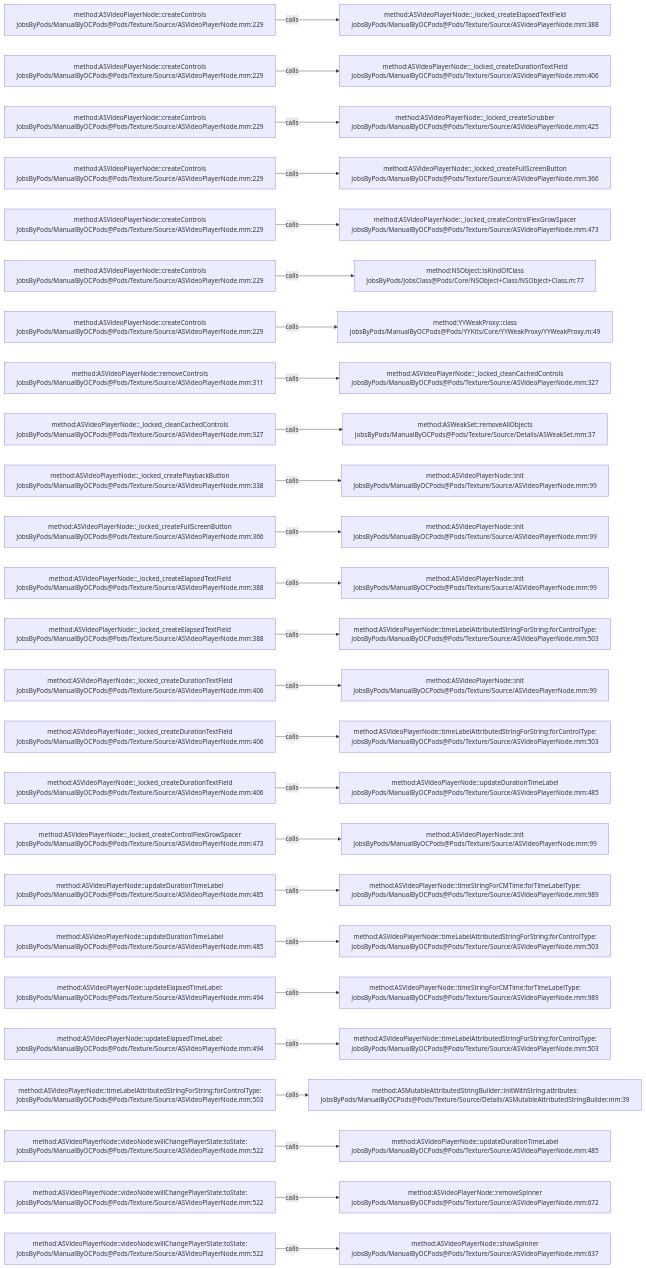
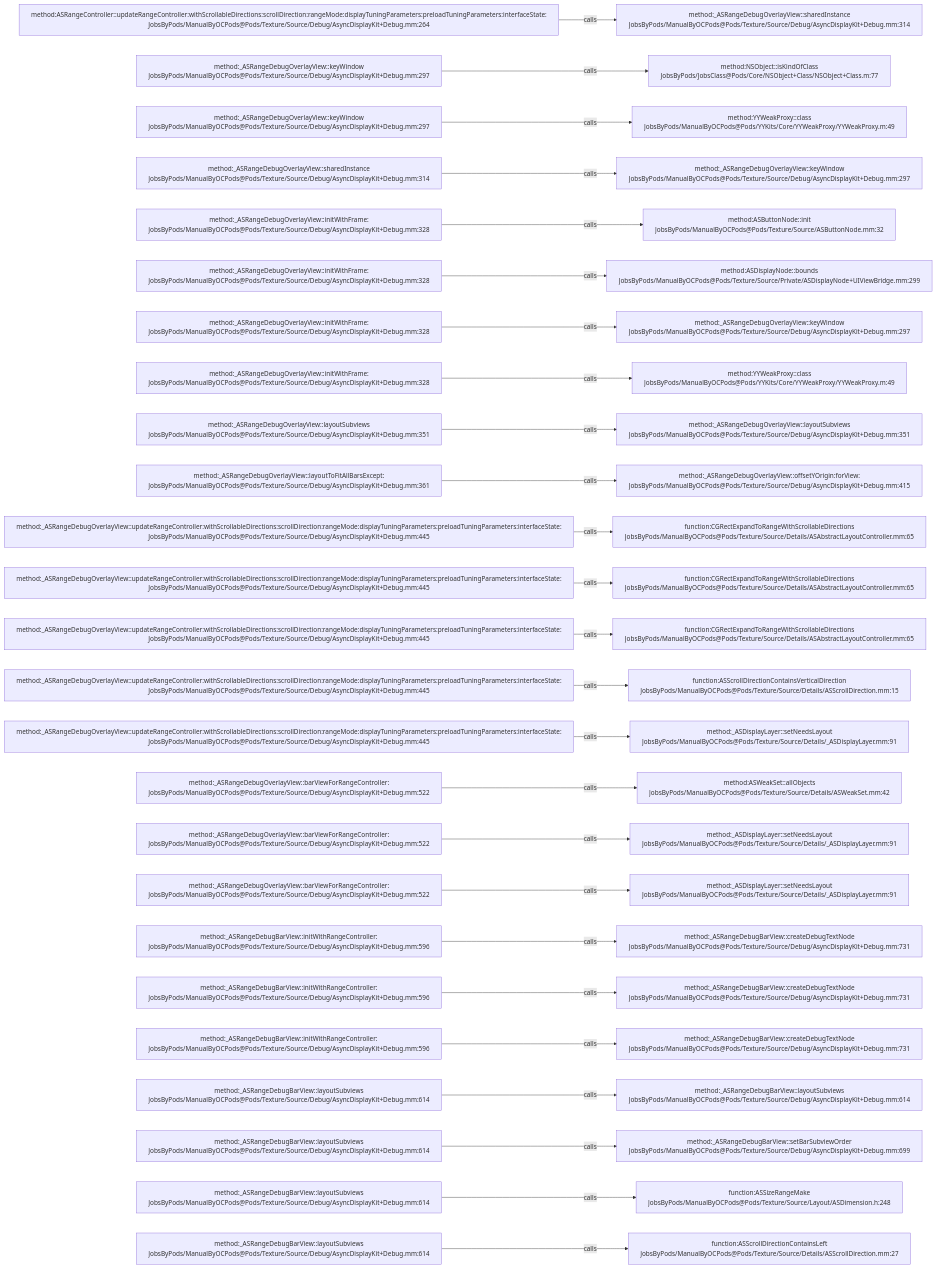
Before and after one commit to JobsKits/JobsOCBaseConfigDemo: the diagram in .codegraph/codegraph.md/graphs/calls-147.md, drawn with Mermaid. The commit also changed 1353 other files, not shown here.

````diff
--- a/.codegraph/codegraph.md/graphs/calls-147.md
+++ b/.codegraph/codegraph.md/graphs/calls-147.md
@@ -13,78 +13,78 @@
 ```mermaid
 flowchart LR
-  S1["method:ASVideoPlayerNode::createControls<br/>JobsByPods/ManualByOCPods@Pods/Texture/Source/ASVideoPlayerNode.mm:229"]
-  T1["method:ASVideoPlayerNode::_locked_createElapsedTextField<br/>JobsByPods/ManualByOCPods@Pods/Texture/Source/ASVideoPlayerNode.mm:388"]
+  S1["method:ASRangeController::updateRangeController:withScrollableDirections:scrollDirection:rangeMode:displayTuningParameters:preloadTuningParameters:interfaceState:<br/>JobsByPods/ManualByOCPods@Pods/Texture/Source/Debug/AsyncDisplayKit+Debug.mm:264"]
+  T1["method:_ASRangeDebugOverlayView::sharedInstance<br/>JobsByPods/ManualByOCPods@Pods/Texture/Source/Debug/AsyncDisplayKit+Debug.mm:314"]
   S1 -->|calls| T1
-  S2["method:ASVideoPlayerNode::createControls<br/>JobsByPods/ManualByOCPods@Pods/Texture/Source/ASVideoPlayerNode.mm:229"]
-  T2["method:ASVideoPlayerNode::_locked_createDurationTextField<br/>JobsByPods/ManualByOCPods@Pods/Texture/Source/ASVideoPlayerNode.mm:406"]
+  S2["method:_ASRangeDebugOverlayView::keyWindow<br/>JobsByPods/ManualByOCPods@Pods/Texture/Source/Debug/AsyncDisplayKit+Debug.mm:297"]
+  T2["method:NSObject::isKindOfClass<br/>JobsByPods/JobsClass@Pods/Core/NSObject+Class/NSObject+Class.m:77"]
   S2 -->|calls| T2
-  S3["method:ASVideoPlayerNode::createControls<br/>JobsByPods/ManualByOCPods@Pods/Texture/Source/ASVideoPlayerNode.mm:229"]
-  T3["method:ASVideoPlayerNode::_locked_createScrubber<br/>JobsByPods/ManualByOCPods@Pods/Texture/Source/ASVideoPlayerNode.mm:425"]
+  S3["method:_ASRangeDebugOverlayView::keyWindow<br/>JobsByPods/ManualByOCPods@Pods/Texture/Source/Debug/AsyncDisplayKit+Debug.mm:297"]
+  T3["method:YYWeakProxy::class<br/>JobsByPods/ManualByOCPods@Pods/YYKits/Core/YYWeakProxy/YYWeakProxy.m:49"]
   S3 -->|calls| T3
-  S4["method:ASVideoPlayerNode::createControls<br/>JobsByPods/ManualByOCPods@Pods/Texture/Source/ASVideoPlayerNode.mm:229"]
-  T4["method:ASVideoPlayerNode::_locked_createFullScreenButton<br/>JobsByPods/ManualByOCPods@Pods/Texture/Source/ASVideoPlayerNode.mm:366"]
+  S4["method:_ASRangeDebugOverlayView::sharedInstance<br/>JobsByPods/ManualByOCPods@Pods/Texture/Source/Debug/AsyncDisplayKit+Debug.mm:314"]
+  T4["method:_ASRangeDebugOverlayView::keyWindow<br/>JobsByPods/ManualByOCPods@Pods/Texture/Source/Debug/AsyncDisplayKit+Debug.mm:297"]
   S4 -->|calls| T4
-  S5["method:ASVideoPlayerNode::createControls<br/>JobsByPods/ManualByOCPods@Pods/Texture/Source/ASVideoPlayerNode.mm:229"]
-  T5["method:ASVideoPlayerNode::_locked_createControlFlexGrowSpacer<br/>JobsByPods/ManualByOCPods@Pods/Texture/Source/ASVideoPlayerNode.mm:473"]
+  S5["method:_ASRangeDebugOverlayView::initWithFrame:<br/>JobsByPods/ManualByOCPods@Pods/Texture/Source/Debug/AsyncDisplayKit+Debug.mm:328"]
+  T5["method:ASButtonNode::init<br/>JobsByPods/ManualByOCPods@Pods/Texture/Source/ASButtonNode.mm:32"]
   S5 -->|calls| T5
-  S6["method:ASVideoPlayerNode::createControls<br/>JobsByPods/ManualByOCPods@Pods/Texture/Source/ASVideoPlayerNode.mm:229"]
-  T6["method:NSObject::isKindOfClass<br/>JobsByPods/JobsClass@Pods/Core/NSObject+Class/NSObject+Class.m:77"]
+  S6["method:_ASRangeDebugOverlayView::initWithFrame:<br/>JobsByPods/ManualByOCPods@Pods/Texture/Source/Debug/AsyncDisplayKit+Debug.mm:328"]
+  T6["method:ASDisplayNode::bounds<br/>JobsByPods/ManualByOCPods@Pods/Texture/Source/Private/ASDisplayNode+UIViewBridge.mm:299"]
   S6 -->|calls| T6
-  S7["method:ASVideoPlayerNode::createControls<br/>JobsByPods/ManualByOCPods@Pods/Texture/Source/ASVideoPlayerNode.mm:229"]
-  T7["method:YYWeakProxy::class<br/>JobsByPods/ManualByOCPods@Pods/YYKits/Core/YYWeakProxy/YYWeakProxy.m:49"]
+  S7["method:_ASRangeDebugOverlayView::initWithFrame:<br/>JobsByPods/ManualByOCPods@Pods/Texture/Source/Debug/AsyncDisplayKit+Debug.mm:328"]
+  T7["method:_ASRangeDebugOverlayView::keyWindow<br/>JobsByPods/ManualByOCPods@Pods/Texture/Source/Debug/AsyncDisplayKit+Debug.mm:297"]
   S7 -->|calls| T7
-  S8["method:ASVideoPlayerNode::removeControls<br/>JobsByPods/ManualByOCPods@Pods/Texture/Source/ASVideoPlayerNode.mm:311"]
-  T8["method:ASVideoPlayerNode::_locked_cleanCachedControls<br/>JobsByPods/ManualByOCPods@Pods/Texture/Source/ASVideoPlayerNode.mm:327"]
+  S8["method:_ASRangeDebugOverlayView::initWithFrame:<br/>JobsByPods/ManualByOCPods@Pods/Texture/Source/Debug/AsyncDisplayKit+Debug.mm:328"]
+  T8["method:YYWeakProxy::class<br/>JobsByPods/ManualByOCPods@Pods/YYKits/Core/YYWeakProxy/YYWeakProxy.m:49"]
   S8 -->|calls| T8
-  S9["method:ASVideoPlayerNode::_locked_cleanCachedControls<br/>JobsByPods/ManualByOCPods@Pods/Texture/Source/ASVideoPlayerNode.mm:327"]
-  T9["method:ASWeakSet::removeAllObjects<br/>JobsByPods/ManualByOCPods@Pods/Texture/Source/Details/ASWeakSet.mm:37"]
+  S9["method:_ASRangeDebugOverlayView::layoutSubviews<br/>JobsByPods/ManualByOCPods@Pods/Texture/Source/Debug/AsyncDisplayKit+Debug.mm:351"]
+  T9["method:_ASRangeDebugOverlayView::layoutSubviews<br/>JobsByPods/ManualByOCPods@Pods/Texture/Source/Debug/AsyncDisplayKit+Debug.mm:351"]
   S9 -->|calls| T9
-  S10["method:ASVideoPlayerNode::_locked_createPlaybackButton<br/>JobsByPods/ManualByOCPods@Pods/Texture/Source/ASVideoPlayerNode.mm:338"]
-  T10["method:ASVideoPlayerNode::init<br/>JobsByPods/ManualByOCPods@Pods/Texture/Source/ASVideoPlayerNode.mm:99"]
+  S10["method:_ASRangeDebugOverlayView::layoutToFitAllBarsExcept:<br/>JobsByPods/ManualByOCPods@Pods/Texture/Source/Debug/AsyncDisplayKit+Debug.mm:361"]
+  T10["method:_ASRangeDebugOverlayView::offsetYOrigin:forView:<br/>JobsByPods/ManualByOCPods@Pods/Texture/Source/Debug/AsyncDisplayKit+Debug.mm:415"]
   S10 -->|calls| T10
-  S11["method:ASVideoPlayerNode::_locked_createFullScreenButton<br/>JobsByPods/ManualByOCPods@Pods/Texture/Source/ASVideoPlayerNode.mm:366"]
-  T11["method:ASVideoPlayerNode::init<br/>JobsByPods/ManualByOCPods@Pods/Texture/Source/ASVideoPlayerNode.mm:99"]
+  S11["method:_ASRangeDebugOverlayView::updateRangeController:withScrollableDirections:scrollDirection:rangeMode:displayTuningParameters:preloadTuningParameters:interfaceState:<br/>JobsByPods/ManualByOCPods@Pods/Texture/Source/Debug/AsyncDisplayKit+Debug.mm:445"]
+  T11["function:CGRectExpandToRangeWithScrollableDirections<br/>JobsByPods/ManualByOCPods@Pods/Texture/Source/Details/ASAbstractLayoutController.mm:65"]
   S11 -->|calls| T11
-  S12["method:ASVideoPlayerNode::_locked_createElapsedTextField<br/>JobsByPods/ManualByOCPods@Pods/Texture/Source/ASVideoPlayerNode.mm:388"]
-  T12["method:ASVideoPlayerNode::init<br/>JobsByPods/ManualByOCPods@Pods/Texture/Source/ASVideoPlayerNode.mm:99"]
+  S12["method:_ASRangeDebugOverlayView::updateRangeController:withScrollableDirections:scrollDirection:rangeMode:displayTuningParameters:preloadTuningParameters:interfaceState:<br/>JobsByPods/ManualByOCPods@Pods/Texture/Source/Debug/AsyncDisplayKit+Debug.mm:445"]
+  T12["function:CGRectExpandToRangeWithScrollableDirections<br/>JobsByPods/ManualByOCPods@Pods/Texture/Source/Details/ASAbstractLayoutController.mm:65"]
   S12 -->|calls| T12
-  S13["method:ASVideoPlayerNode::_locked_createElapsedTextField<br/>JobsByPods/ManualByOCPods@Pods/Texture/Source/ASVideoPlayerNode.mm:388"]
-  T13["method:ASVideoPlayerNode::timeLabelAttributedStringForString:forControlType:<br/>JobsByPods/ManualByOCPods@Pods/Texture/Source/ASVideoPlayerNode.mm:503"]
+  S13["method:_ASRangeDebugOverlayView::updateRangeController:withScrollableDirections:scrollDirection:rangeMode:displayTuningParameters:preloadTuningParameters:interfaceState:<br/>JobsByPods/ManualByOCPods@Pods/Texture/Source/Debug/AsyncDisplayKit+Debug.mm:445"]
+  T13["function:CGRectExpandToRangeWithScrollableDirections<br/>JobsByPods/ManualByOCPods@Pods/Texture/Source/Details/ASAbstractLayoutController.mm:65"]
   S13 -->|calls| T13
-  S14["method:ASVideoPlayerNode::_locked_createDurationTextField<br/>JobsByPods/ManualByOCPods@Pods/Texture/Source/ASVideoPlayerNode.mm:406"]
-  T14["method:ASVideoPlayerNode::init<br/>JobsByPods/ManualByOCPods@Pods/Texture/Source/ASVideoPlayerNode.mm:99"]
+  S14["method:_ASRangeDebugOverlayView::updateRangeController:withScrollableDirections:scrollDirection:rangeMode:displayTuningParameters:preloadTuningParameters:interfaceState:<br/>JobsByPods/ManualByOCPods@Pods/Texture/Source/Debug/AsyncDisplayKit+Debug.mm:445"]
+  T14["function:ASScrollDirectionContainsVerticalDirection<br/>JobsByPods/ManualByOCPods@Pods/Texture/Source/Details/ASScrollDirection.mm:15"]
   S14 -->|calls| T14
-  S15["method:ASVideoPlayerNode::_locked_createDurationTextField<br/>JobsByPods/ManualByOCPods@Pods/Texture/Source/ASVideoPlayerNode.mm:406"]
-  T15["method:ASVideoPlayerNode::timeLabelAttributedStringForString:forControlType:<br/>JobsByPods/ManualByOCPods@Pods/Texture/Source/ASVideoPlayerNode.mm:503"]
+  S15["method:_ASRangeDebugOverlayView::updateRangeController:withScrollableDirections:scrollDirection:rangeMode:displayTuningParameters:preloadTuningParameters:interfaceState:<br/>JobsByPods/ManualByOCPods@Pods/Texture/Source/Debug/AsyncDisplayKit+Debug.mm:445"]
+  T15["method:_ASDisplayLayer::setNeedsLayout<br/>JobsByPods/ManualByOCPods@Pods/Texture/Source/Details/_ASDisplayLayer.mm:91"]
   S15 -->|calls| T15
-  S16["method:ASVideoPlayerNode::_locked_createDurationTextField<br/>JobsByPods/ManualByOCPods@Pods/Texture/Source/ASVideoPlayerNode.mm:406"]
-  T16["method:ASVideoPlayerNode::updateDurationTimeLabel<br/>JobsByPods/ManualByOCPods@Pods/Texture/Source/ASVideoPlayerNode.mm:485"]
+  S16["method:_ASRangeDebugOverlayView::barViewForRangeController:<br/>JobsByPods/ManualByOCPods@Pods/Texture/Source/Debug/AsyncDisplayKit+Debug.mm:522"]
+  T16["method:ASWeakSet::allObjects<br/>JobsByPods/ManualByOCPods@Pods/Texture/Source/Details/ASWeakSet.mm:42"]
   S16 -->|calls| T16
-  S17["method:ASVideoPlayerNode::_locked_createControlFlexGrowSpacer<br/>JobsByPods/ManualByOCPods@Pods/Texture/Source/ASVideoPlayerNode.mm:473"]
-  T17["method:ASVideoPlayerNode::init<br/>JobsByPods/ManualByOCPods@Pods/Texture/Source/ASVideoPlayerNode.mm:99"]
+  S17["method:_ASRangeDebugOverlayView::barViewForRangeController:<br/>JobsByPods/ManualByOCPods@Pods/Texture/Source/Debug/AsyncDisplayKit+Debug.mm:522"]
+  T17["method:_ASDisplayLayer::setNeedsLayout<br/>JobsByPods/ManualByOCPods@Pods/Texture/Source/Details/_ASDisplayLayer.mm:91"]
   S17 -->|calls| T17
-  S18["method:ASVideoPlayerNode::updateDurationTimeLabel<br/>JobsByPods/ManualByOCPods@Pods/Texture/Source/ASVideoPlayerNode.mm:485"]
-  T18["method:ASVideoPlayerNode::timeStringForCMTime:forTimeLabelType:<br/>JobsByPods/ManualByOCPods@Pods/Texture/Source/ASVideoPlayerNode.mm:989"]
+  S18["method:_ASRangeDebugOverlayView::barViewForRangeController:<br/>JobsByPods/ManualByOCPods@Pods/Texture/Source/Debug/AsyncDisplayKit+Debug.mm:522"]
+  T18["method:_ASDisplayLayer::setNeedsLayout<br/>JobsByPods/ManualByOCPods@Pods/Texture/Source/Details/_ASDisplayLayer.mm:91"]
   S18 -->|calls| T18
-  S19["method:ASVideoPlayerNode::updateDurationTimeLabel<br/>JobsByPods/ManualByOCPods@Pods/Texture/Source/ASVideoPlayerNode.mm:485"]
-  T19["method:ASVideoPlayerNode::timeLabelAttributedStringForString:forControlType:<br/>JobsByPods/ManualByOCPods@Pods/Texture/Source/ASVideoPlayerNode.mm:503"]
+  S19["method:_ASRangeDebugBarView::initWithRangeController:<br/>JobsByPods/ManualByOCPods@Pods/Texture/Source/Debug/AsyncDisplayKit+Debug.mm:596"]
+  T19["method:_ASRangeDebugBarView::createDebugTextNode<br/>JobsByPods/ManualByOCPods@Pods/Texture/Source/Debug/AsyncDisplayKit+Debug.mm:731"]
   S19 -->|calls| T19
-  S20["method:ASVideoPlayerNode::updateElapsedTimeLabel:<br/>JobsByPods/ManualByOCPods@Pods/Texture/Source/ASVideoPlayerNode.mm:494"]
-  T20["method:ASVideoPlayerNode::timeStringForCMTime:forTimeLabelType:<br/>JobsByPods/ManualByOCPods@Pods/Texture/Source/ASVideoPlayerNode.mm:989"]
+  S20["method:_ASRangeDebugBarView::initWithRangeController:<br/>JobsByPods/ManualByOCPods@Pods/Texture/Source/Debug/AsyncDisplayKit+Debug.mm:596"]
+  T20["method:_ASRangeDebugBarView::createDebugTextNode<br/>JobsByPods/ManualByOCPods@Pods/Texture/Source/Debug/AsyncDisplayKit+Debug.mm:731"]
   S20 -->|calls| T20
-  S21["method:ASVideoPlayerNode::updateElapsedTimeLabel:<br/>JobsByPods/ManualByOCPods@Pods/Texture/Source/ASVideoPlayerNode.mm:494"]
-  T21["method:ASVideoPlayerNode::timeLabelAttributedStringForString:forControlType:<br/>JobsByPods/ManualByOCPods@Pods/Texture/Source/ASVideoPlayerNode.mm:503"]
+  S21["method:_ASRangeDebugBarView::initWithRangeController:<br/>JobsByPods/ManualByOCPods@Pods/Texture/Source/Debug/AsyncDisplayKit+Debug.mm:596"]
+  T21["method:_ASRangeDebugBarView::createDebugTextNode<br/>JobsByPods/ManualByOCPods@Pods/Texture/Source/Debug/AsyncDisplayKit+Debug.mm:731"]
   S21 -->|calls| T21
-  S22["method:ASVideoPlayerNode::timeLabelAttributedStringForString:forControlType:<br/>JobsByPods/ManualByOCPods@Pods/Texture/Source/ASVideoPlayerNode.mm:503"]
-  T22["method:ASMutableAttributedStringBuilder::initWithString:attributes:<br/>JobsByPods/ManualByOCPods@Pods/Texture/Source/Details/ASMutableAttributedStringBuilder.mm:39"]
+  S22["method:_ASRangeDebugBarView::layoutSubviews<br/>JobsByPods/ManualByOCPods@Pods/Texture/Source/Debug/AsyncDisplayKit+Debug.mm:614"]
+  T22["method:_ASRangeDebugBarView::layoutSubviews<br/>JobsByPods/ManualByOCPods@Pods/Texture/Source/Debug/AsyncDisplayKit+Debug.mm:614"]
   S22 -->|calls| T22
-  S23["method:ASVideoPlayerNode::videoNode:willChangePlayerState:toState:<br/>JobsByPods/ManualByOCPods@Pods/Texture/Source/ASVideoPlayerNode.mm:522"]
-  T23["method:ASVideoPlayerNode::updateDurationTimeLabel<br/>JobsByPods/ManualByOCPods@Pods/Texture/Source/ASVideoPlayerNode.mm:485"]
+  S23["method:_ASRangeDebugBarView::layoutSubviews<br/>JobsByPods/ManualByOCPods@Pods/Texture/Source/Debug/AsyncDisplayKit+Debug.mm:614"]
+  T23["method:_ASRangeDebugBarView::setBarSubviewOrder<br/>JobsByPods/ManualByOCPods@Pods/Texture/Source/Debug/AsyncDisplayKit+Debug.mm:699"]
   S23 -->|calls| T23
-  S24["method:ASVideoPlayerNode::videoNode:willChangePlayerState:toState:<br/>JobsByPods/ManualByOCPods@Pods/Texture/Source/ASVideoPlayerNode.mm:522"]
-  T24["method:ASVideoPlayerNode::removeSpinner<br/>JobsByPods/ManualByOCPods@Pods/Texture/Source/ASVideoPlayerNode.mm:672"]
+  S24["method:_ASRangeDebugBarView::layoutSubviews<br/>JobsByPods/ManualByOCPods@Pods/Texture/Source/Debug/AsyncDisplayKit+Debug.mm:614"]
+  T24["function:ASSizeRangeMake<br/>JobsByPods/ManualByOCPods@Pods/Texture/Source/Layout/ASDimension.h:248"]
   S24 -->|calls| T24
-  S25["method:ASVideoPlayerNode::videoNode:willChangePlayerState:toState:<br/>JobsByPods/ManualByOCPods@Pods/Texture/Source/ASVideoPlayerNode.mm:522"]
-  T25["method:ASVideoPlayerNode::showSpinner<br/>JobsByPods/ManualByOCPods@Pods/Texture/Source/ASVideoPlayerNode.mm:637"]
+  S25["method:_ASRangeDebugBarView::layoutSubviews<br/>JobsByPods/ManualByOCPods@Pods/Texture/Source/Debug/AsyncDisplayKit+Debug.mm:614"]
+  T25["function:ASScrollDirectionContainsLeft<br/>JobsByPods/ManualByOCPods@Pods/Texture/Source/Details/ASScrollDirection.mm:27"]
   S25 -->|calls| T25
 ```
````
